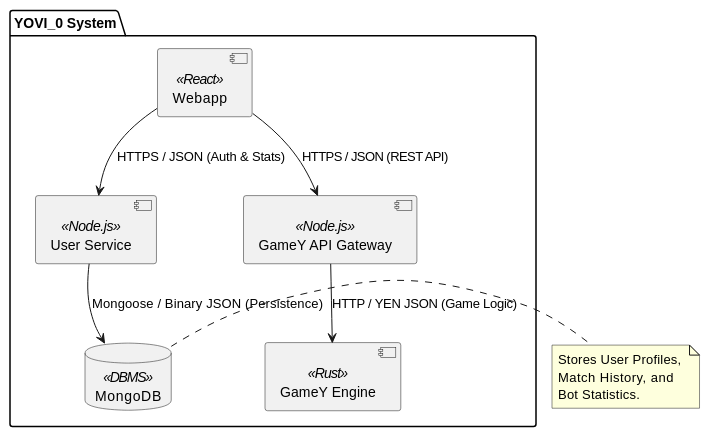
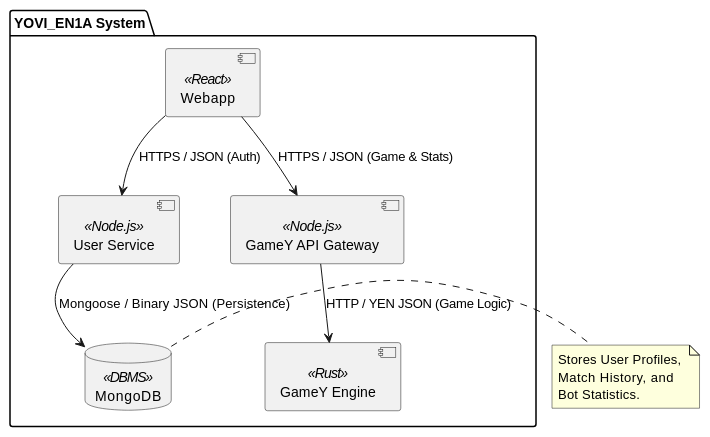
The first of 4 diagrams in docs/src/05_building_block_view.adoc (Arquisoft/yovi_en1a), drawn with PlantUML before and after one commit. The commit also changed other lines of this file, not shown here.

```diff
--- a/docs/src/05_building_block_view.adoc
+++ b/docs/src/05_building_block_view.adoc
@@ -13,26 +13,26 @@
 [plantuml, level1-whitebox, png]
 ----
 @startuml
 skinparam componentStyle uml2
 
-package "YOVI_0 System" {
+ package "YOVI_EN1A System" {
     component [Webapp] as webapp <<React>>
     component [User Service] as usersvc <<Node.js>>
     component [GameY API Gateway] as gameyapi <<Node.js>>
     component [GameY Engine] as gamey <<Rust>>
     database "MongoDB" as db <<DBMS>>
 }
 
 ' Connections
-webapp --> usersvc : "HTTPS / JSON (Auth & Stats)"
-webapp --> gameyapi : "HTTPS / JSON (REST API)"
+webapp --> usersvc : "HTTPS / JSON (Auth)"
+webapp --> gameyapi : "HTTPS / JSON (Game & Stats)"
 gameyapi --> gamey : "HTTP / YEN JSON (Game Logic)"
 usersvc --> db : "Mongoose / Binary JSON (Persistence)"
 
 note right of db
   Stores User Profiles, 
   Match History, and 
   Bot Statistics.
 end note
 @enduml
 ----
```
